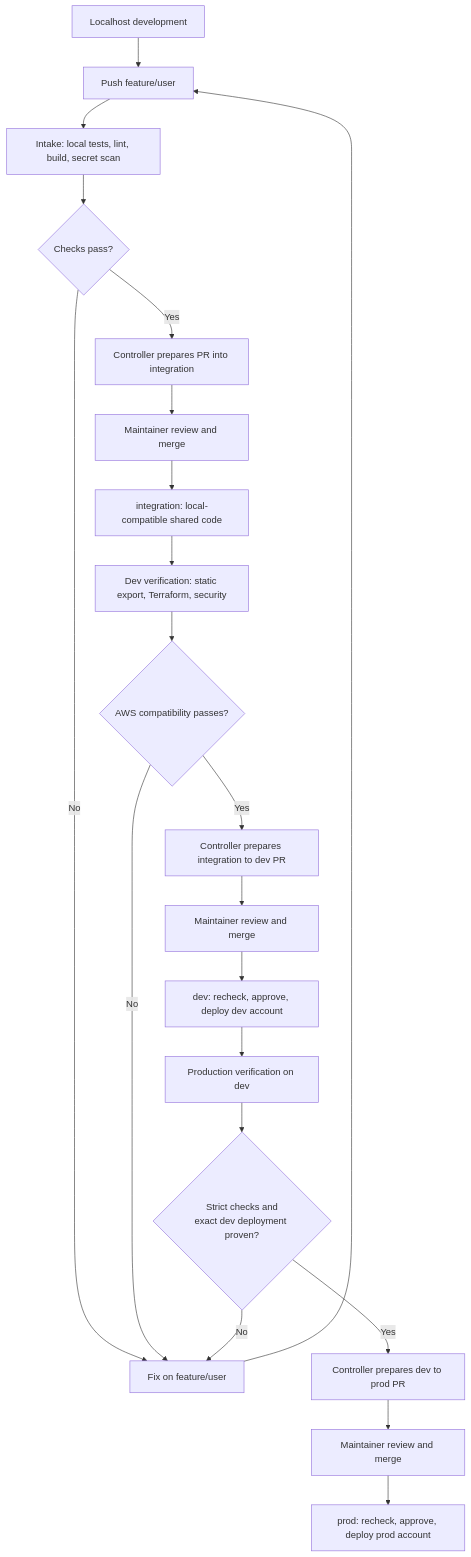
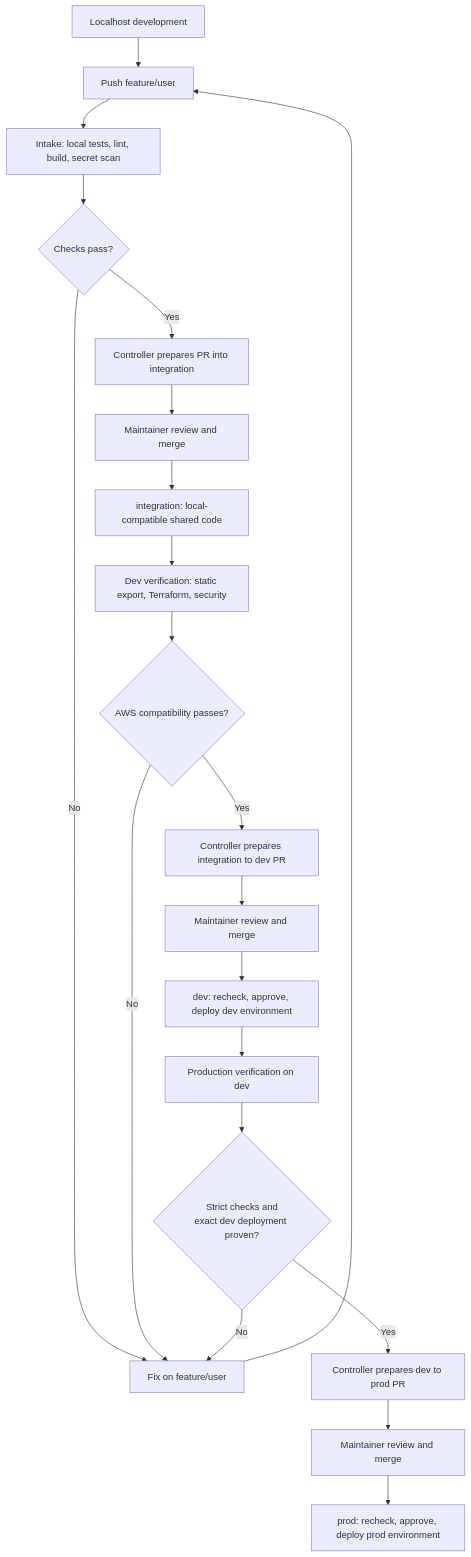
The first of 18 diagrams in docs/CI_CD.md (Yale-Undergraduate-Consulting-Group/club-res-website), drawn with Mermaid before and after one commit. The commit also changed other lines of this file and 2 other files, not shown here.

Commit message:
Run dev and prod in one shared AWS account; keep account vending for later

````diff
--- a/docs/CI_CD.md
+++ b/docs/CI_CD.md
@@ -30,23 +30,23 @@
 ```mermaid
 flowchart TD
   L["Localhost development"] --> F["Push feature/user"]
   F --> I["Intake: local tests, lint, build, secret scan"]
   I --> G{"Checks pass?"}
   G -->|No| FIX["Fix on feature/user"]
   FIX --> F
   G -->|Yes| PR["Controller prepares PR into integration"]
   PR --> R["Maintainer review and merge"]
   R --> INT["integration: local-compatible shared code"]
   INT --> D["Dev verification: static export, Terraform, security"]
   D --> DG{"AWS compatibility passes?"}
   DG -->|No| FIX
   DG -->|Yes| DP["Controller prepares integration to dev PR"]
   DP --> DR["Maintainer review and merge"]
-  DR --> DEV["dev: recheck, approve, deploy dev account"]
+  DR --> DEV["dev: recheck, approve, deploy dev environment"]
   DEV --> P["Production verification on dev"]
   P --> PG{"Strict checks and<br/>exact dev deployment proven?"}
   PG -->|No| FIX
   PG -->|Yes| PP["Controller prepares dev to prod PR"]
   PP --> PRV["Maintainer review and merge"]
-  PRV --> PROD["prod: recheck, approve, deploy prod account"]
+  PRV --> PROD["prod: recheck, approve, deploy prod environment"]
 ```
````
